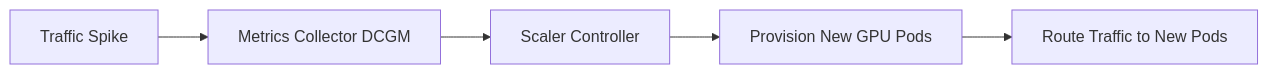
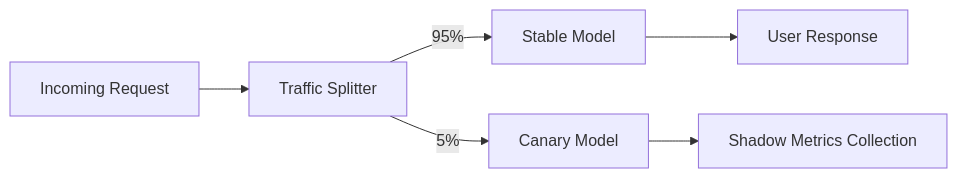
The second of 2 diagrams in english/days-31-60/day-058-ai-infra-system-design.md (leafsax/ai-infra-training-180days), drawn with Mermaid before and after one commit. The commit also changed other lines of this file and 1 other file, not shown here.

Commit message:
fix: correct component and data flow diagrams for Day 58 to match their respective topics (A/B Testing & Canary Deployments for English, Distributed Training for Chinese)

````diff
--- a/english/days-31-60/day-058-ai-infra-system-design.md
+++ b/english/days-31-60/day-058-ai-infra-system-design.md
@@ -49,7 +50,8 @@
   ```mermaid
   flowchart LR
-      A[Traffic Spike] --> B[Metrics Collector DCGM]
-      B --> C[Scaler Controller]
-      C --> D[Provision New GPU Pods]
-      D --> E[Route Traffic to New Pods]
+      A[Incoming Request] --> B[Traffic Splitter]
+      B -->|95%| C[Stable Model]
+      B -->|5%| D[Canary Model]
+      C --> E[User Response]
+      D --> F[Shadow Metrics Collection]
   ```
````
